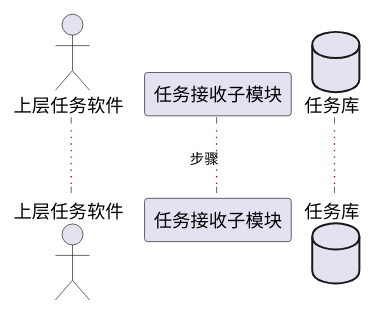
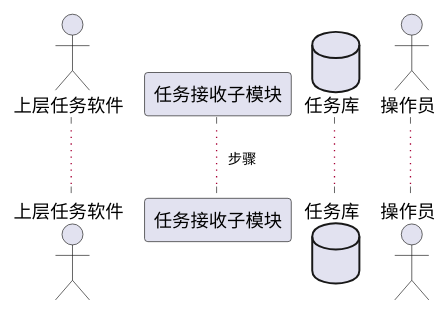
One commit to cppshooter/cursor changed the diagram in prompts/03-功能模块详细设计/3.1-任务管理模块.md. Above: the diagram before and after it, drawn with PlantUML. The commit also changed other lines of this file and 15 other files, not shown here.

````diff
--- a/prompts/03-功能模块详细设计/3.1-任务管理模块.md
+++ b/prompts/03-功能模块详细设计/3.1-任务管理模块.md
@@ -35,8 +48,9 @@
 ```plantuml
 @startuml
 actor 上层任务软件 as Upper
 participant "任务接收子模块" as TaskRecv
 database 任务库 as DB
+actor 操作员
 ... 步骤 ...
 @enduml
 ```
````
